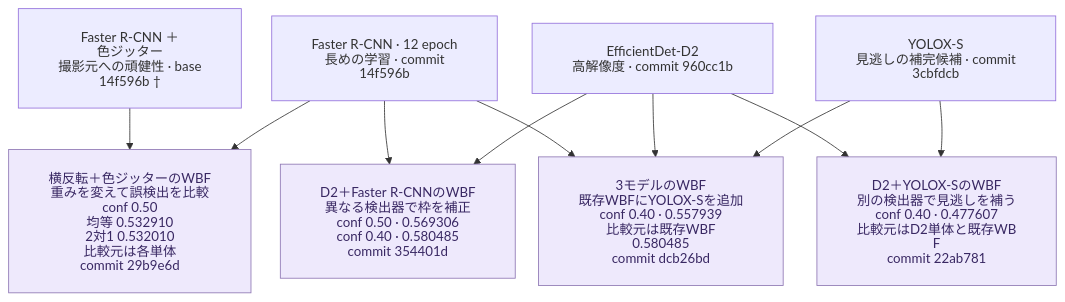
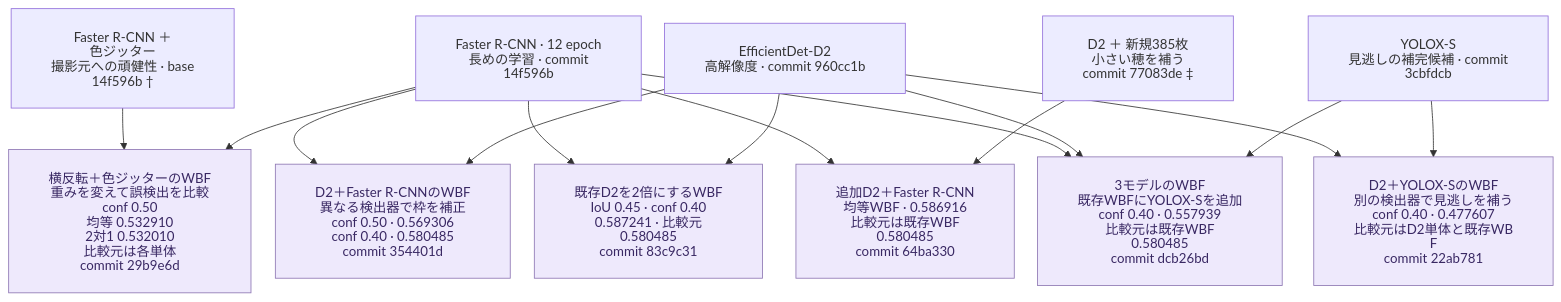
The second of 3 diagrams in docs/experiment-lineage.md (Yutarotaro/kaggle-global-wheat-detection), drawn with Mermaid before and after one commit. The commit also changed other lines of this file and 1 other file, not shown here.

````diff
--- a/docs/experiment-lineage.md
+++ b/docs/experiment-lineage.md
@@ -59,26 +63,33 @@
 ```mermaid
 %%{init: {"htmlLabels": false, "flowchart": {"padding": 24, "nodeSpacing": 28}}}%%
 flowchart TB
     C["Faster R-CNN ＋ 色ジッター<br/>撮影元への頑健性 · base 14f596b †"]
     B12["Faster R-CNN · 12 epoch<br/>長めの学習 · commit 14f596b"]
     D2["EfficientDet-D2<br/>高解像度 · commit 960cc1b"]
+    F385["D2 ＋ 新規385枚<br/>小さい穂を補う<br/>commit 77083de ‡"]
     Y["YOLOX-S<br/>見逃しの補完候補 · commit 3cbfdcb"]
 
     W1["横反転＋色ジッターのWBF<br/>重みを変えて誤検出を比較<br/>conf 0.50<br/>均等 0.532910<br/>2対1 0.532010<br/>比較元は各単体<br/>commit 29b9e6d"]
     W2["D2＋Faster R-CNNのWBF<br/>異なる検出器で枠を補正<br/>conf 0.50 · 0.569306<br/>conf 0.40 · 0.580485<br/>commit 354401d"]
+    W4["既存D2を2倍にするWBF<br/>IoU 0.45 · conf 0.40<br/>0.587241 · 比較元 0.580485<br/>commit 83c9c31"]
+    WF["追加D2＋Faster R-CNN<br/>均等WBF · 0.586916<br/>比較元は既存WBF 0.580485<br/>commit 64ba330"]
     W3["3モデルのWBF<br/>既存WBFにYOLOX-Sを追加<br/>conf 0.40 · 0.557939<br/>比較元は既存WBF 0.580485<br/>commit dcb26bd"]
     WY["D2＋YOLOX-SのWBF<br/>別の検出器で見逃しを補う<br/>conf 0.40 · 0.477607<br/>比較元はD2単体と既存WBF<br/>commit 22ab781"]
 
     C --> W1
     B12 --> W1
     B12 --> W2
     D2 --> W2
+    B12 --> W4
+    D2 --> W4
+    B12 --> WF
+    F385 --> WF
     B12 --> W3
     D2 --> W3
     Y --> W3
     D2 --> WY
     Y --> WY
 
     classDef ensemble fill:#eee9fc,color:#392863,stroke:#8d76b3
-    class W1,W2,WY,W3 ensemble
+    class W1,W2,WY,W3,W4,WF ensemble
 ```
````
